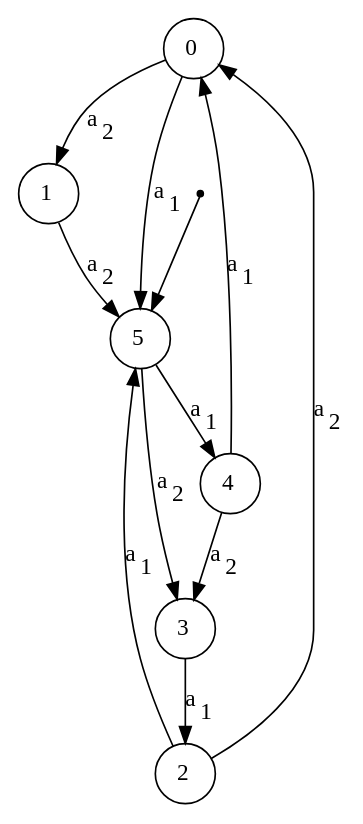
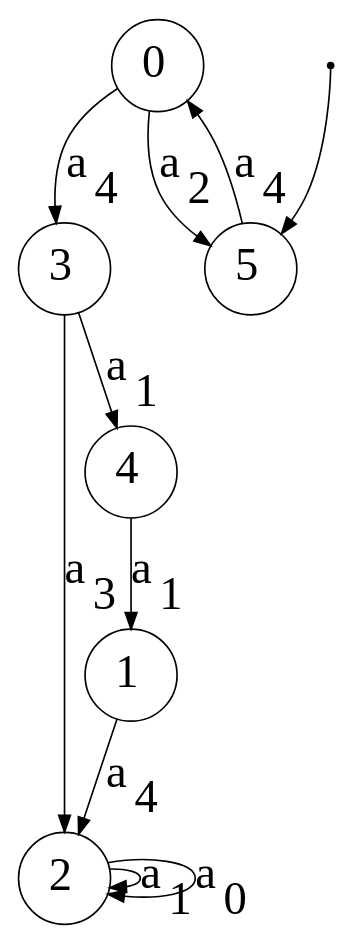
The diagram in dotsource.dot (Reithger/Finite-State-Machine-Model), drawn with Graphviz before and after one commit. The commit also changed 7 other files, not shown here.

```diff
--- a/dotsource.dot
+++ b/dotsource.dot
@@ -1,20 +1,19 @@
 digraph G {
-"n0"[label= <0> shape=circle color="black" style=wedged fillcolor="white" style=filled];
-"n1"[label= <1> shape=circle color="black" style=wedged fillcolor="white" style=filled];
-"n2"[label= <2> shape=circle color="black" style=wedged fillcolor="white" style=filled];
-"n3"[label= <3> shape=circle color="black" style=wedged fillcolor="white" style=filled];
-"n4"[label= <4> shape=circle color="black" style=wedged fillcolor="white" style=filled];
-"n5"[label= <5> shape=circle color="black" style=wedged fillcolor="white" style=filled];
+"n0"[label= <0> shape=circle color="black" style=wedged fillcolor="white" style=filled fontsize="28"];
+"n1"[label= <1> shape=circle color="black" style=wedged fillcolor="white" style=filled fontsize="28"];
+"n2"[label= <2> shape=circle color="black" style=wedged fillcolor="white" style=filled fontsize="28"];
+"n3"[label= <3> shape=circle color="black" style=wedged fillcolor="white" style=filled fontsize="28"];
+"n4"[label= <4> shape=circle color="black" style=wedged fillcolor="white" style=filled fontsize="28"];
+"n5"[label= <5> shape=circle color="black" style=wedged fillcolor="white" style=filled fontsize="28"];
 "ArbitraryUnusedNameNoWorriesJustGrooving6"[fontSize=1 shape=point];
 {"ArbitraryUnusedNameNoWorriesJustGrooving6"}->{"n5"};
-{"n0"}->{"n1"}[label = <a<sub>2</sub>> color="black" arrowhead="normal" style=""];
-{"n0"}->{"n5"}[label = <a<sub>1</sub>> color="black" arrowhead="normal" style=""];
-{"n1"}->{"n5"}[label = <a<sub>2</sub>> color="black" arrowhead="normal" style=""];
-{"n2"}->{"n0"}[label = <a<sub>2</sub>> color="black" arrowhead="normal" style=""];
-{"n2"}->{"n5"}[label = <a<sub>1</sub>> color="black" arrowhead="normal" style=""];
-{"n3"}->{"n2"}[label = <a<sub>1</sub>> color="black" arrowhead="normal" style=""];
-{"n4"}->{"n0"}[label = <a<sub>1</sub>> color="black" arrowhead="normal" style=""];
-{"n4"}->{"n3"}[label = <a<sub>2</sub>> color="black" arrowhead="normal" style=""];
-{"n5"}->{"n3"}[label = <a<sub>2</sub>> color="black" arrowhead="normal" style=""];
-{"n5"}->{"n4"}[label = <a<sub>1</sub>> color="black" arrowhead="normal" style=""];
+{"n0"}->{"n3"}[label = <a<sub>4</sub>> color="black" arrowhead="normal" style="" fontsize="28"];
+{"n0"}->{"n5"}[label = <a<sub>2</sub>> color="black" arrowhead="normal" style="" fontsize="28"];
+{"n1"}->{"n2"}[label = <a<sub>4</sub>> color="black" arrowhead="normal" style="" fontsize="28"];
+{"n2"}->{"n2"}[label = <a<sub>1</sub>> color="black" arrowhead="normal" style="" fontsize="28"];
+{"n2"}->{"n2"}[label = <a<sub>0</sub>> color="black" arrowhead="normal" style="" fontsize="28"];
+{"n3"}->{"n4"}[label = <a<sub>1</sub>> color="black" arrowhead="normal" style="" fontsize="28"];
+{"n3"}->{"n2"}[label = <a<sub>3</sub>> color="black" arrowhead="normal" style="" fontsize="28"];
+{"n4"}->{"n1"}[label = <a<sub>1</sub>> color="black" arrowhead="normal" style="" fontsize="28"];
+{"n5"}->{"n0"}[label = <a<sub>4</sub>> color="black" arrowhead="normal" style="" fontsize="28"];
 }
```
